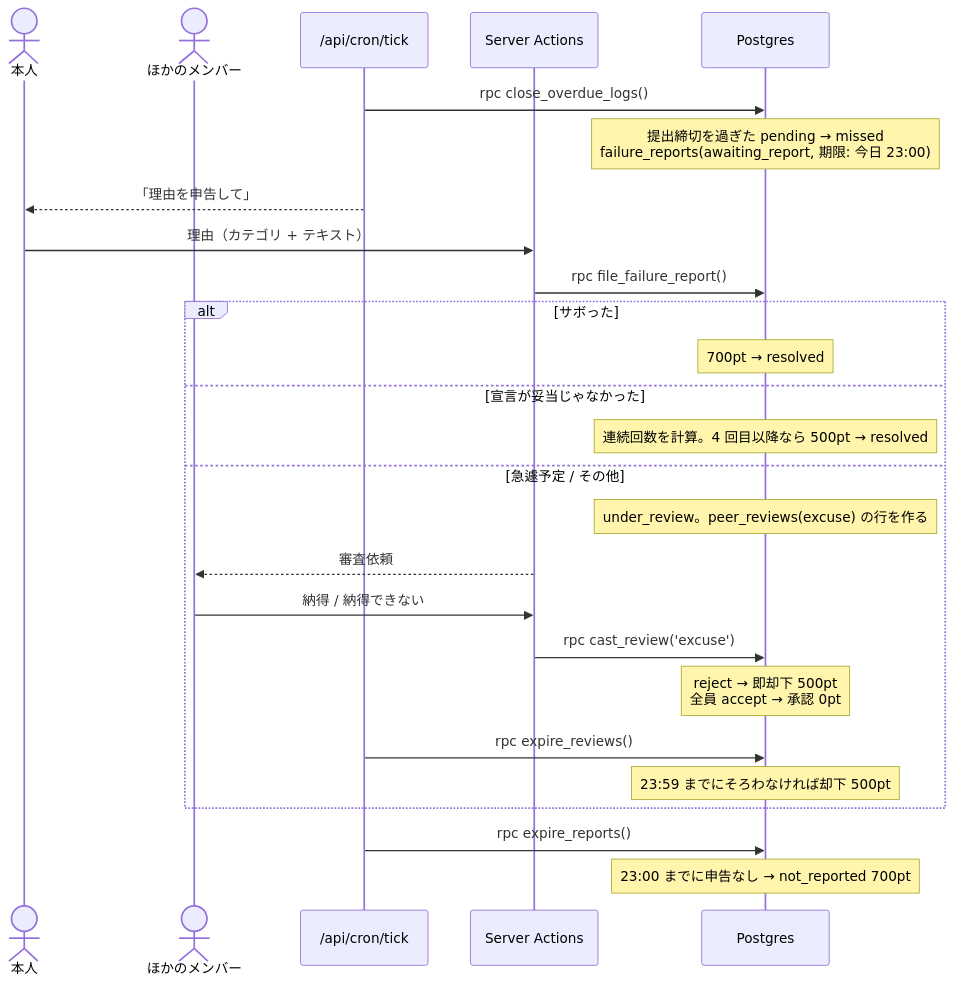
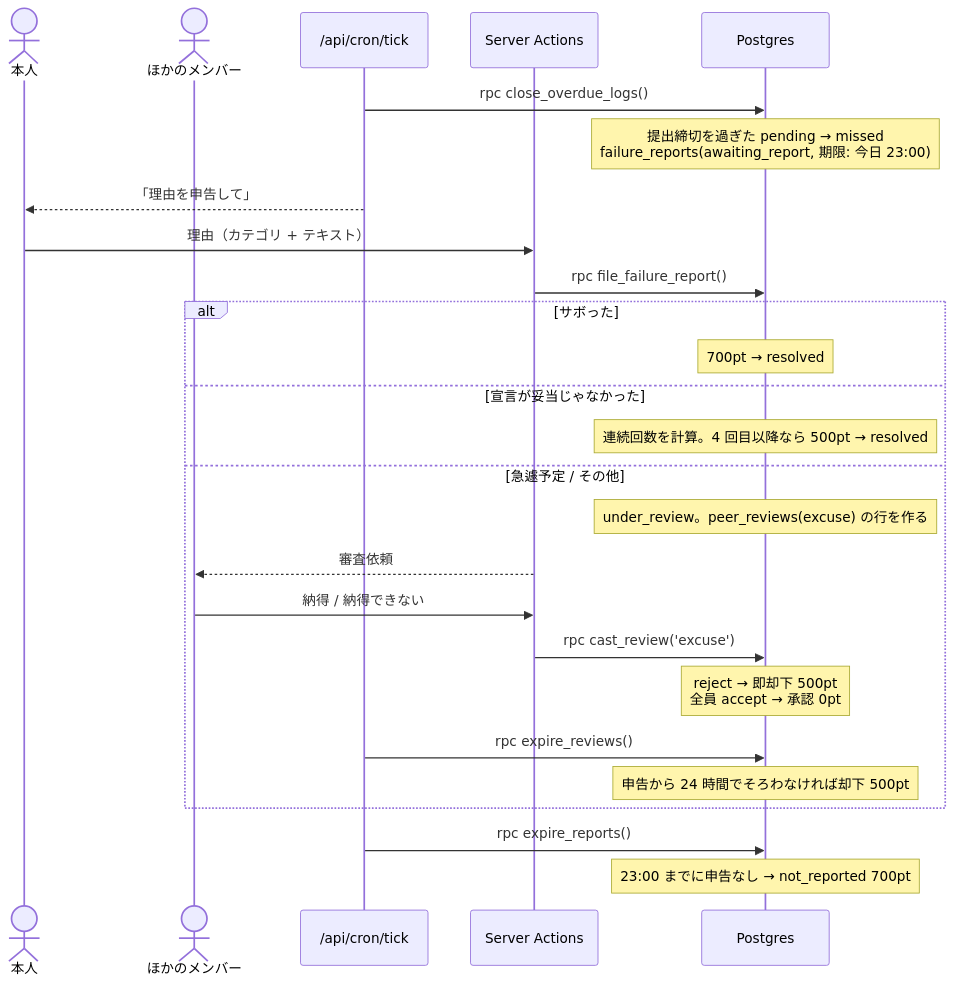
Before and after one commit to ashilal1/force-study-app: the fifth of 6 diagrams in docs/architecture.md, drawn with Mermaid. The commit also changed other lines of this file and 32 other files, not shown here.

````diff
--- a/docs/architecture.md
+++ b/docs/architecture.md
@@ -143,28 +143,28 @@
 ```mermaid
 sequenceDiagram
     actor U as 本人
     actor F as ほかのメンバー
     participant T as /api/cron/tick
     participant SA as Server Actions
     participant DB as Postgres
     T->>DB: rpc close_overdue_logs()
     Note over DB: 提出締切を過ぎた pending → missed<br/>failure_reports(awaiting_report, 期限: 今日 23:00)
     T-->>U: 「理由を申告して」
     U->>SA: 理由（カテゴリ + テキスト）
     SA->>DB: rpc file_failure_report()
     alt サボった
         Note over DB: 700pt → resolved
     else 宣言が妥当じゃなかった
         Note over DB: 連続回数を計算。4 回目以降なら 500pt → resolved
     else 急遽予定 / その他
         Note over DB: under_review。peer_reviews(excuse) の行を作る
         SA-->>F: 審査依頼
         F->>SA: 納得 / 納得できない
         SA->>DB: rpc cast_review('excuse')
         Note over DB: reject → 即却下 500pt<br/>全員 accept → 承認 0pt
         T->>DB: rpc expire_reviews()
-        Note over DB: 23:59 までにそろわなければ却下 500pt
+        Note over DB: 申告から 24 時間でそろわなければ却下 500pt
     end
     T->>DB: rpc expire_reports()
     Note over DB: 23:00 までに申告なし → not_reported 700pt
 ```
````
